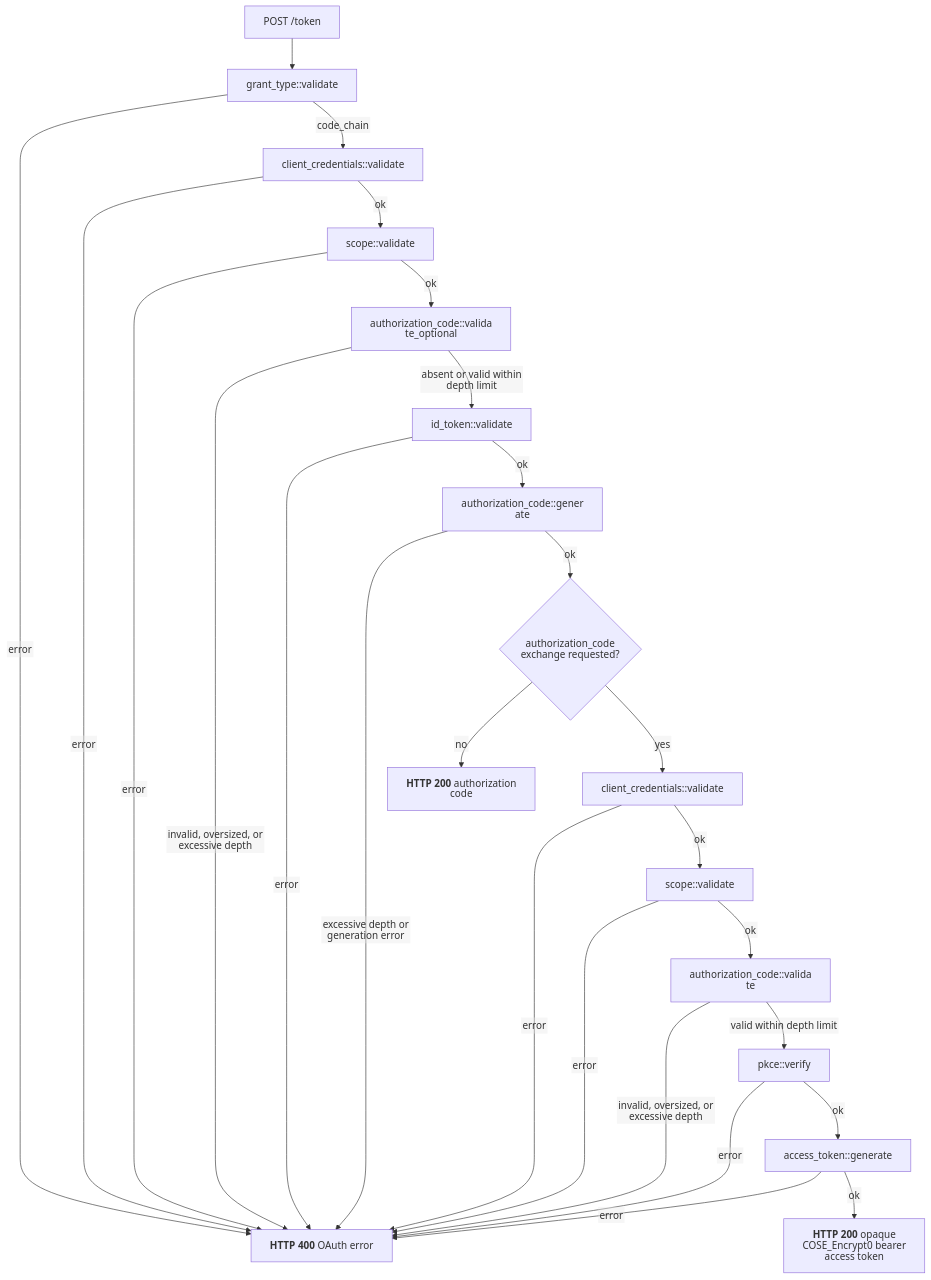
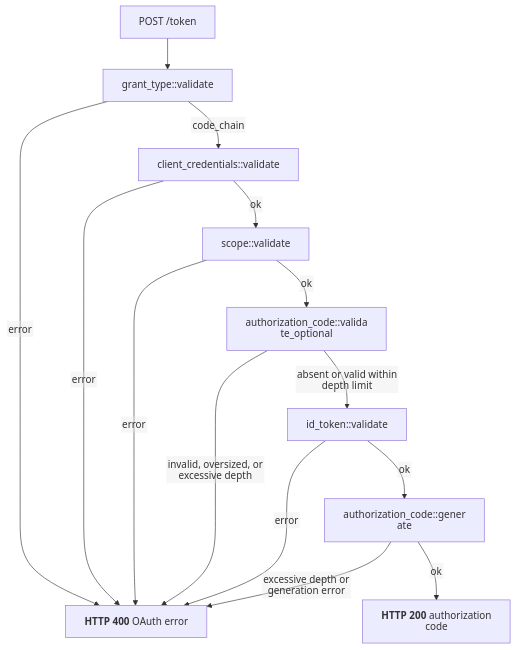
The diagram in docs/flows/oauth/code_chain.mmd (malach-it/kagome), drawn with Mermaid before and after one commit. The commit also changed 22 other files, not shown here.

Commit message:
feat: enforce strict authorization code grants

```diff
--- a/docs/flows/oauth/code_chain.mmd
+++ b/docs/flows/oauth/code_chain.mmd
@@ -1,27 +1,15 @@
 %%{init: {"htmlLabels": false, "flowchart": {"htmlLabels": false}}}%%
 flowchart TD
     start[POST /token] --> grant["grant_type::validate"]
     grant -- error --> oauth_error["`**HTTP 400** OAuth error`"]
     grant -- code_chain --> client["client_credentials::validate"]
     client -- error --> oauth_error
     client -- ok --> scope["scope::validate"]
     scope -- error --> oauth_error
     scope -- ok --> previous["authorization_code::validate_optional"]
     previous -- invalid, oversized, or excessive depth --> oauth_error
     previous -- absent or valid within depth limit --> id_token["id_token::validate"]
     id_token -- error --> oauth_error
     id_token -- ok --> issue["authorization_code::generate"]
     issue -- excessive depth or generation error --> oauth_error
-    issue -- ok --> combined{authorization_code exchange requested?}
-    combined -- no --> code_success["`**HTTP 200** authorization code`"]
-    combined -- yes --> exchange_client["client_credentials::validate"]
-    exchange_client -- error --> oauth_error
-    exchange_client -- ok --> exchange_scope["scope::validate"]
-    exchange_scope -- error --> oauth_error
-    exchange_scope -- ok --> exchange_code["authorization_code::validate"]
-    exchange_code -- invalid, oversized, or excessive depth --> oauth_error
-    exchange_code -- valid within depth limit --> pkce["pkce::verify"]
-    pkce -- error --> oauth_error
-    pkce -- ok --> access["access_token::generate"]
-    access -- error --> oauth_error
-    access -- ok --> token_success["`**HTTP 200** opaque COSE_Encrypt0 bearer access token`"]
+    issue -- ok --> code_success["`**HTTP 200** authorization code`"]
```
